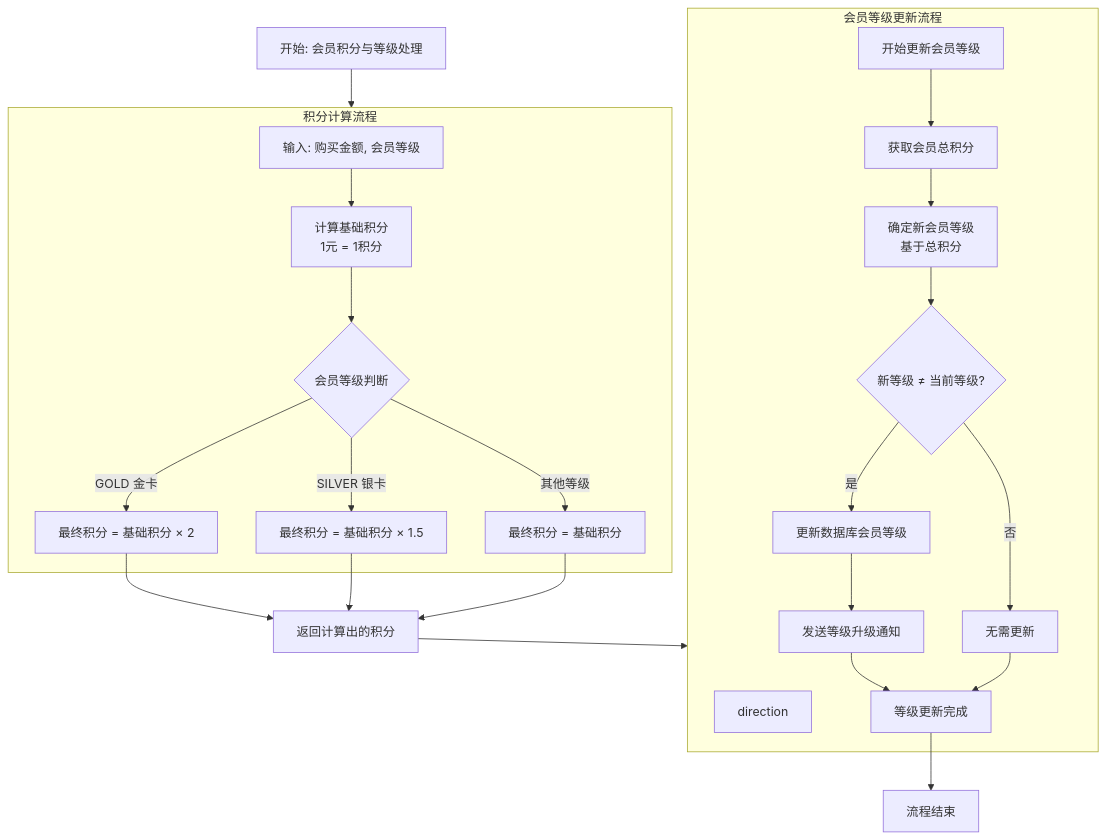
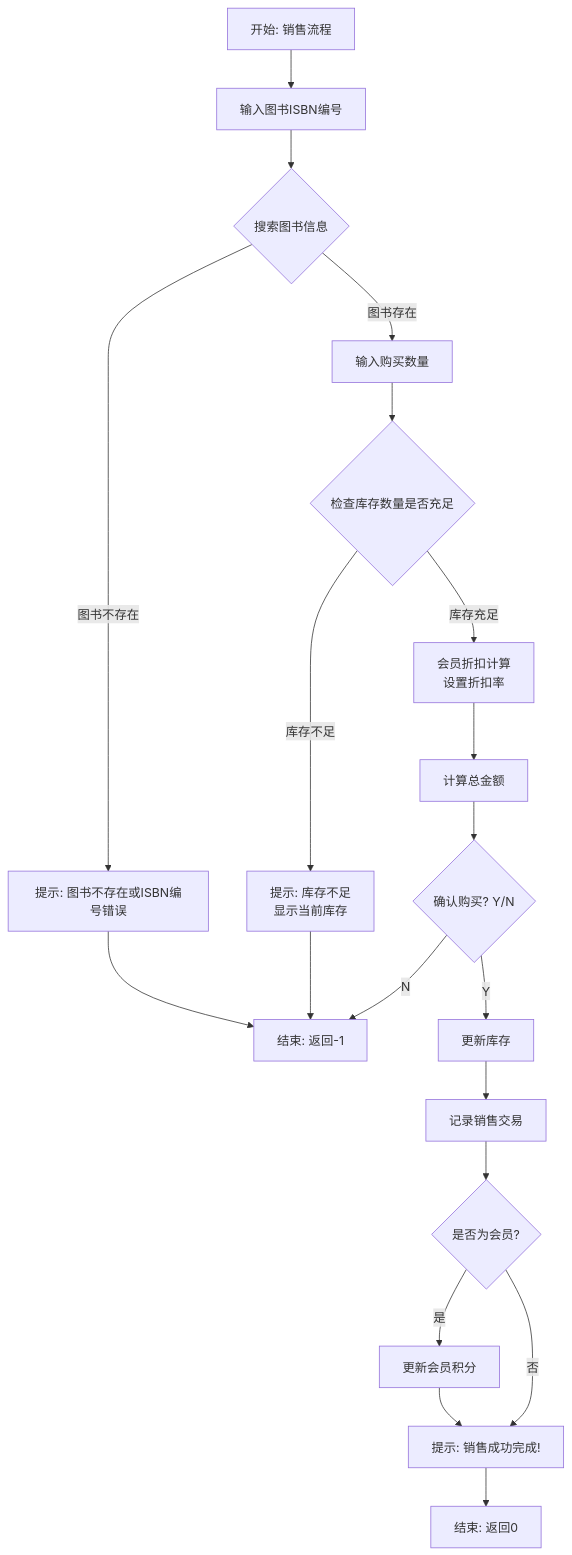
The diagram in all/未命名-4.md (HelloMe66/iodraw-files), drawn with Mermaid before and after one commit.

Commit message:
2025-12-05 14:39:00 update

````diff
--- a/all/未命名-4.md
+++ b/all/未命名-4.md
@@ -1,35 +1,31 @@
 ```mermaid
 flowchart TD
-    A[开始: 会员积分与等级处理] --> B
+    A[开始: 销售流程] --> B[输入图书ISBN编号]
+    B --> C{搜索图书信息}
     
-    subgraph B [积分计算流程]
-        B1[输入: 购买金额, 会员等级] --> B2[计算基础积分<br>1元 = 1积分]
-        B2 --> B3{会员等级判断}
-        
-        B3 -->|GOLD 金卡| B4[最终积分 = 基础积分 × 2]
-        B3 -->|SILVER 银卡| B5[最终积分 = 基础积分 × 1.5]
-        B3 -->|其他等级| B6[最终积分 = 基础积分]
-    end
+    C -- 图书不存在 --> D[提示: 图书不存在或ISBN编号错误]
+    D --> E[结束: 返回-1]
     
-    B4 --> C
-    B5 --> C
-    B6 --> C
+    C -- 图书存在 --> F[输入购买数量]
+    F --> G{检查库存数量是否充足}
     
-    C[返回计算出的积分] --> D
+    G -- 库存不足 --> H[提示: 库存不足<br>显示当前库存]
+    H --> E
     
-    subgraph D [会员等级更新流程]
-        direction
-        D1[开始更新会员等级] --> D2[获取会员总积分]
-        D2 --> D3[确定新会员等级<br>基于总积分]
-        D3 --> D4{新等级 ≠ 当前等级?}
-        
-        D4 -->|是| D5[更新数据库会员等级]
-        D5 --> D6[发送等级升级通知]
-        D6 --> D7[等级更新完成]
-        
-        D4 -->|否| D8[无需更新]
-        D8 --> D7
-    end
+    G -- 库存充足 --> I[会员折扣计算<br>设置折扣率]
+    I --> J[计算总金额]
+    J --> K{确认购买? Y/N}
     
-    D7 --> E[流程结束]
+    K -- N --> E
+    
+    K -- Y --> L[更新库存]
+    L --> M[记录销售交易]
+    M --> N{是否为会员?}
+    
+    N -- 是 --> O[更新会员积分]
+    O --> P[提示: 销售成功完成!]
+    
+    N -- 否 --> P
+    
+    P --> Q[结束: 返回0]
 ```
````
